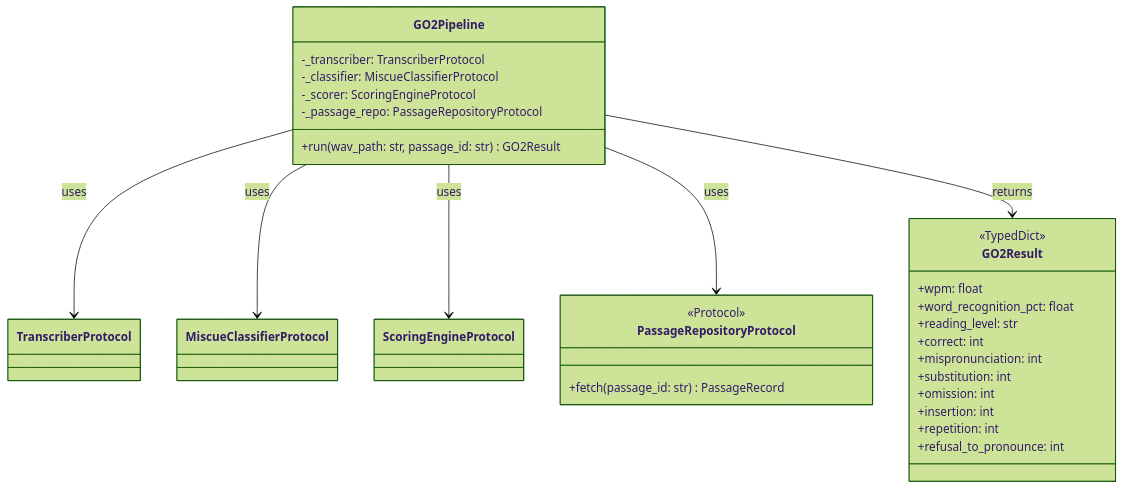
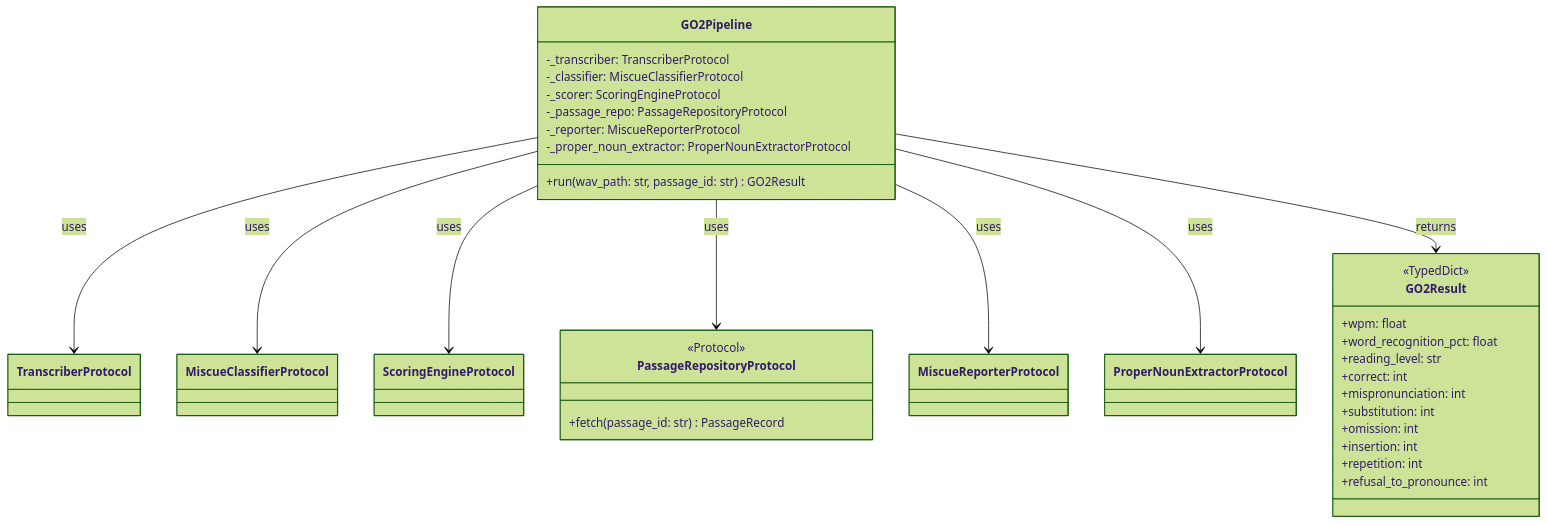
The second of 2 diagrams in docs/uml/class/go2-classes.md (ChristianNemeno/SE-Module-02), drawn with Mermaid (forest theme) before and after one commit. The commit also changed other lines of this file and 23 other files, not shown here.

````diff
--- a/docs/uml/class/go2-classes.md
+++ b/docs/uml/class/go2-classes.md
@@ -70,32 +102,36 @@
 ```mermaid
 classDiagram
     class PassageRepositoryProtocol {
         <<Protocol>>
         +fetch(passage_id: str) PassageRecord
     }
     class GO2Pipeline {
         -_transcriber: TranscriberProtocol
         -_classifier: MiscueClassifierProtocol
         -_scorer: ScoringEngineProtocol
         -_passage_repo: PassageRepositoryProtocol
+        -_reporter: MiscueReporterProtocol
+        -_proper_noun_extractor: ProperNounExtractorProtocol
         +run(wav_path: str, passage_id: str) GO2Result
     }
     class GO2Result {
         <<TypedDict>>
         +wpm: float
         +word_recognition_pct: float
         +reading_level: str
         +correct: int
         +mispronunciation: int
         +substitution: int
         +omission: int
         +insertion: int
         +repetition: int
         +refusal_to_pronounce: int
     }
     GO2Pipeline --> TranscriberProtocol : uses
     GO2Pipeline --> MiscueClassifierProtocol : uses
     GO2Pipeline --> ScoringEngineProtocol : uses
     GO2Pipeline --> PassageRepositoryProtocol : uses
+    GO2Pipeline --> MiscueReporterProtocol : uses
+    GO2Pipeline --> ProperNounExtractorProtocol : uses
     GO2Pipeline --> GO2Result : returns
 ```
````
